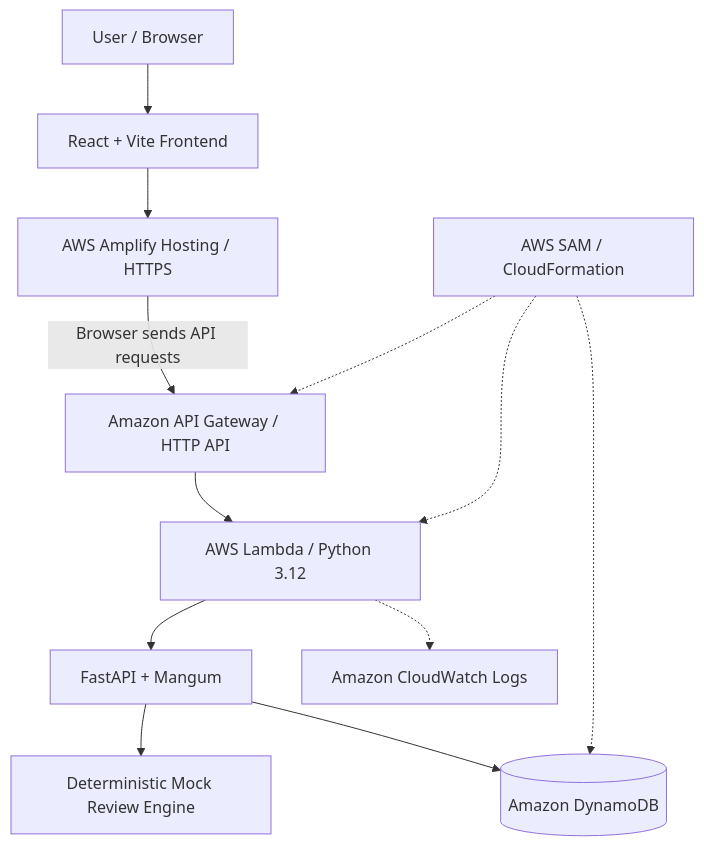
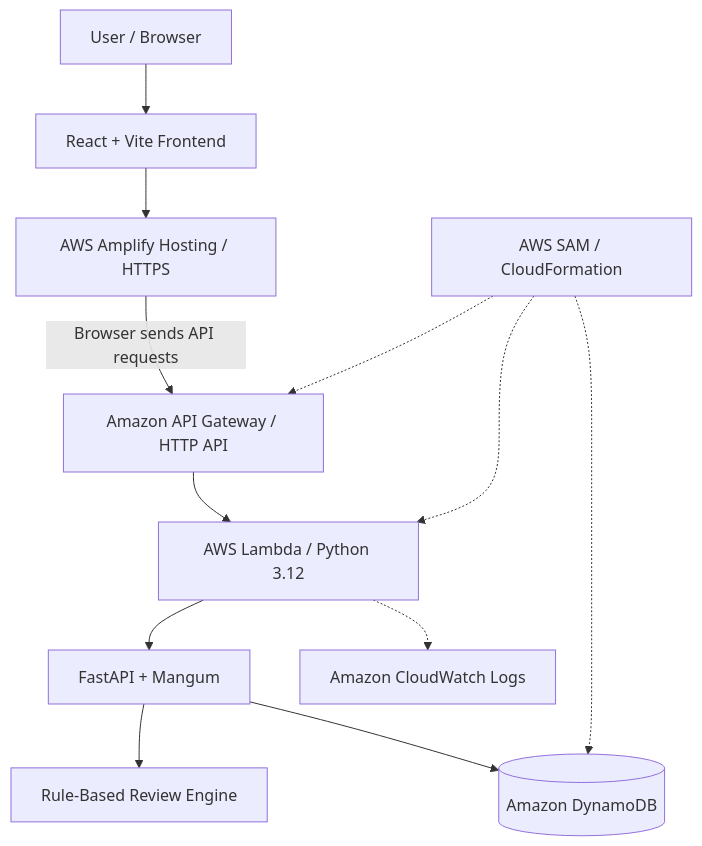
Before and after one commit to DiyaJabin/codeguard: the diagram in README.md, drawn with Mermaid. The commit also changed other lines of this file, not shown here.

````diff
--- a/README.md
+++ b/README.md
@@ -56,14 +59,14 @@
 ```mermaid
 flowchart TD
     U[User / Browser] --> FE[React + Vite Frontend]
     FE --> AMP[AWS Amplify Hosting / HTTPS]
     AMP -->|Browser sends API requests| APIGW[Amazon API Gateway / HTTP API]
     APIGW --> L[AWS Lambda / Python 3.12]
     L --> APP[FastAPI + Mangum]
-    APP --> MOCK[Deterministic Mock Review Engine]
+    APP --> RULES[Rule-Based Review Engine]
     APP --> DB[(Amazon DynamoDB)]
     L -.-> LOGS[Amazon CloudWatch Logs]
     SAM[AWS SAM / CloudFormation] -.-> APIGW
     SAM -.-> L
     SAM -.-> DB
 ```
````
